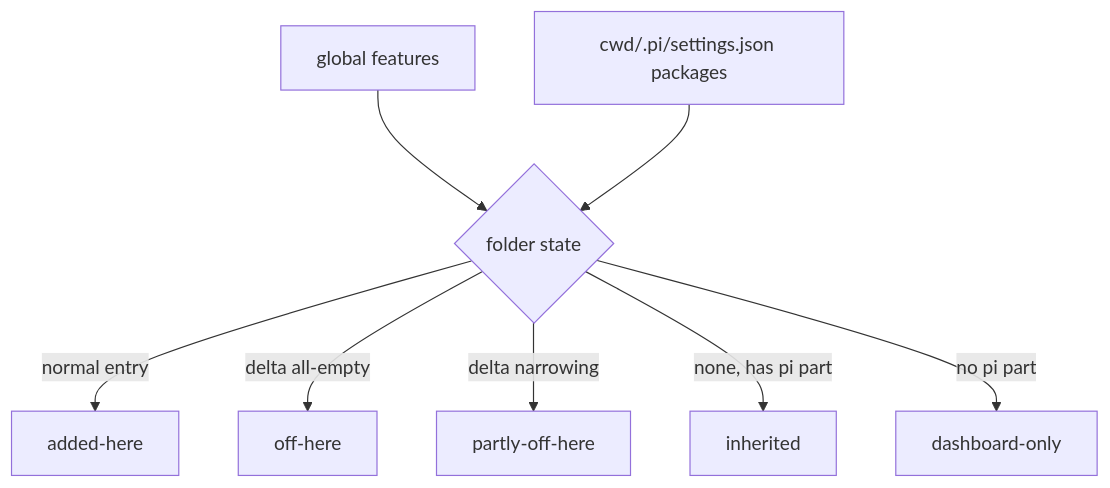
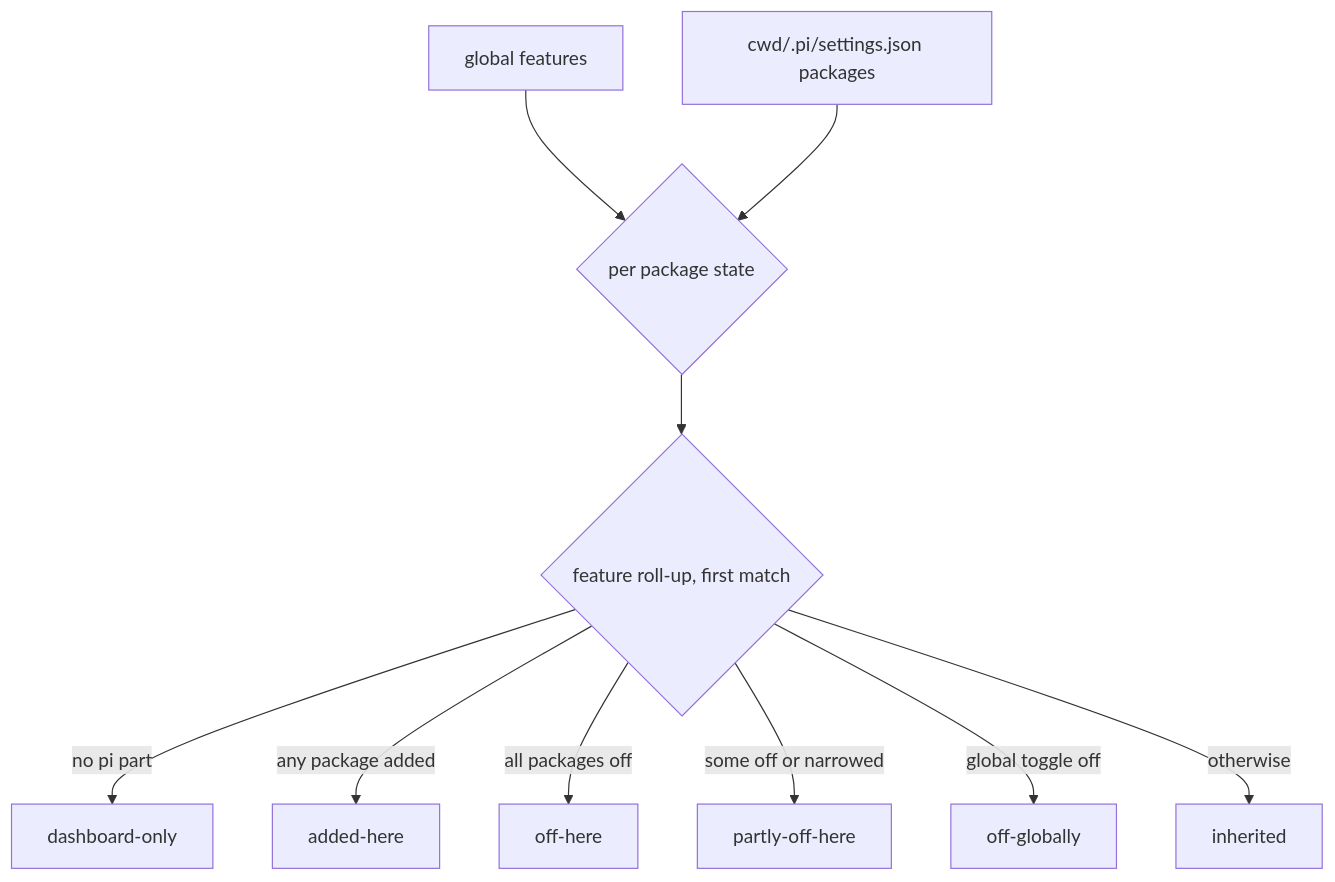
Before and after one commit to BlackBeltTechnology/pi-agent-dashboard: the diagram in openspec/changes/addons-hub-folder-view/design.md, drawn with Mermaid. The commit also changed other lines of this file and 6 other files, not shown here.

Commit message:
openspec(addons-hub-folder-view): plan — doubt-reviewed spec, package-health MODIFIED delta, test-plan + folded tasks

````diff
--- a/openspec/changes/addons-hub-folder-view/design.md
+++ b/openspec/changes/addons-hub-folder-view/design.md
@@ -10,10 +11,12 @@
 ```mermaid
 flowchart TD
-  G[global features] --> M{folder state}
-  P[cwd/.pi/settings.json packages] --> M
-  M -->|normal entry| A[added-here]
-  M -->|delta all-empty| O[off-here]
-  M -->|delta narrowing| PO[partly-off-here]
-  M -->|none, has pi part| I[inherited]
-  M -->|no pi part| D[dashboard-only]
+  G[global features] --> K{per package state}
+  P[cwd/.pi/settings.json packages] --> K
+  K --> R{feature roll-up, first match}
+  R -->|no pi part| D[dashboard-only]
+  R -->|any package added| A[added-here]
+  R -->|all packages off| O[off-here]
+  R -->|some off or narrowed| PO[partly-off-here]
+  R -->|global toggle off| OG[off-globally]
+  R -->|otherwise| I[inherited]
 ```
````
